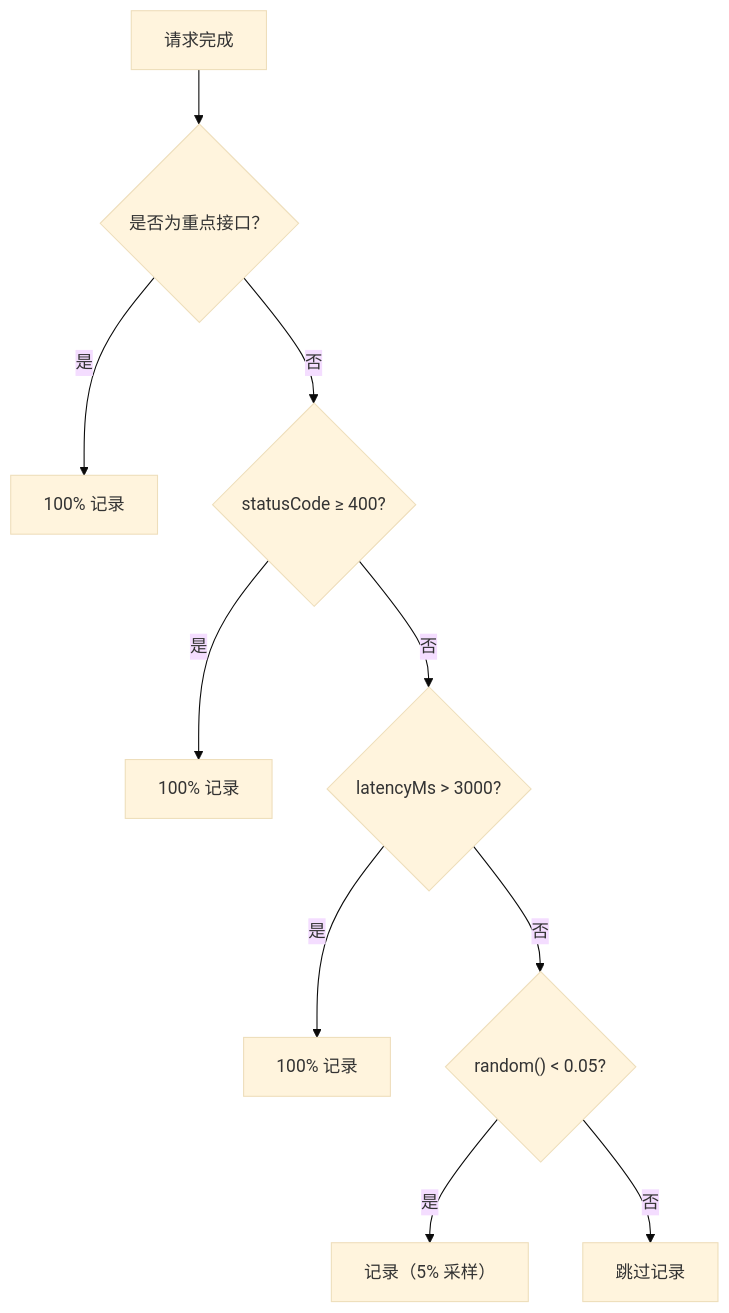
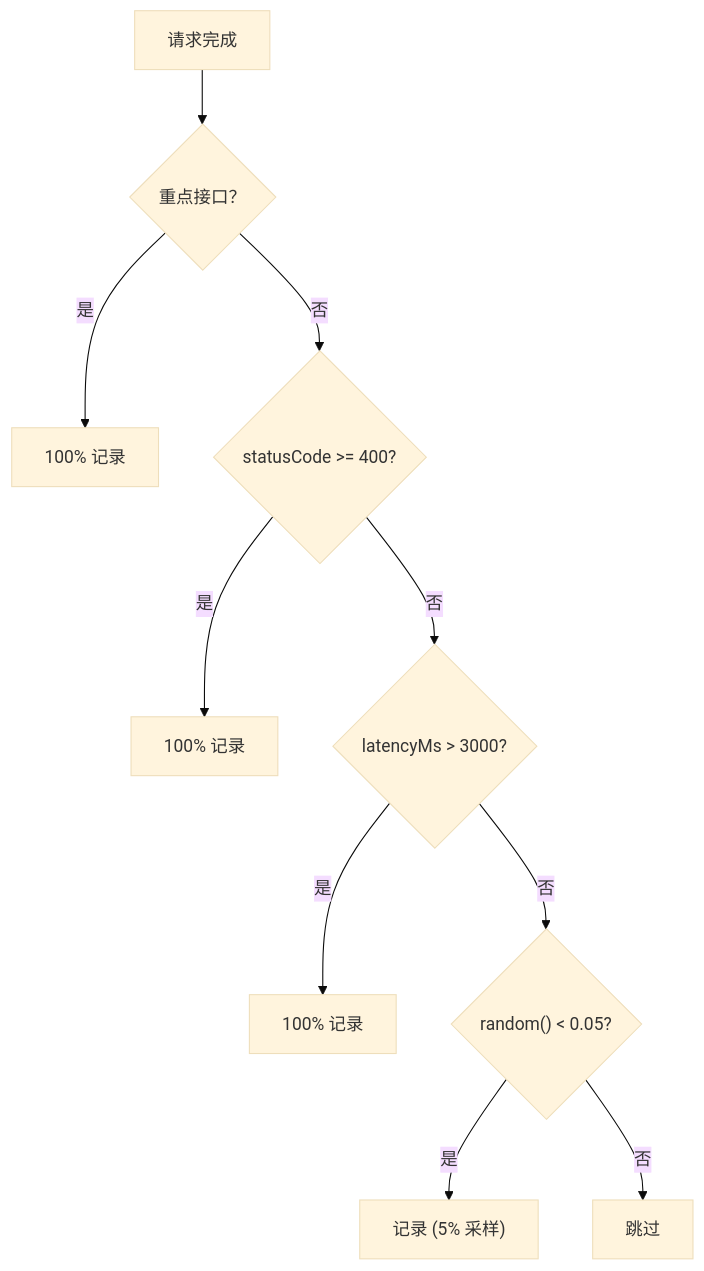
Before and after one commit to readmigo/docs: the fifth of 6 diagrams in 05-operations/monitoring/api-performance-collection.md, drawn with Mermaid (base theme). The commit also changed other lines of this file and 27 other files, not shown here.

First line of the commit message:
audit: remove code snippets, update to 2-env architecture across operations and pipeline docs

````diff
--- a/05-operations/monitoring/api-performance-collection.md
+++ b/05-operations/monitoring/api-performance-collection.md
@@ -190,12 +125,12 @@
 ```mermaid
 graph TD
-    A["请求完成"] --> B{"是否为重点接口？"}
+    A["请求完成"] --> B{"重点接口？"}
     B -->|是| C["100% 记录"]
-    B -->|否| D{"statusCode ≥ 400?"}
+    B -->|否| D{"statusCode >= 400?"}
     D -->|是| E["100% 记录"]
     D -->|否| F{"latencyMs > 3000?"}
     F -->|是| G["100% 记录"]
     F -->|否| H{"random() < 0.05?"}
-    H -->|是| I["记录（5% 采样）"]
-    H -->|否| J["跳过记录"]
+    H -->|是| I["记录 (5% 采样)"]
+    H -->|否| J["跳过"]
 ```
````
